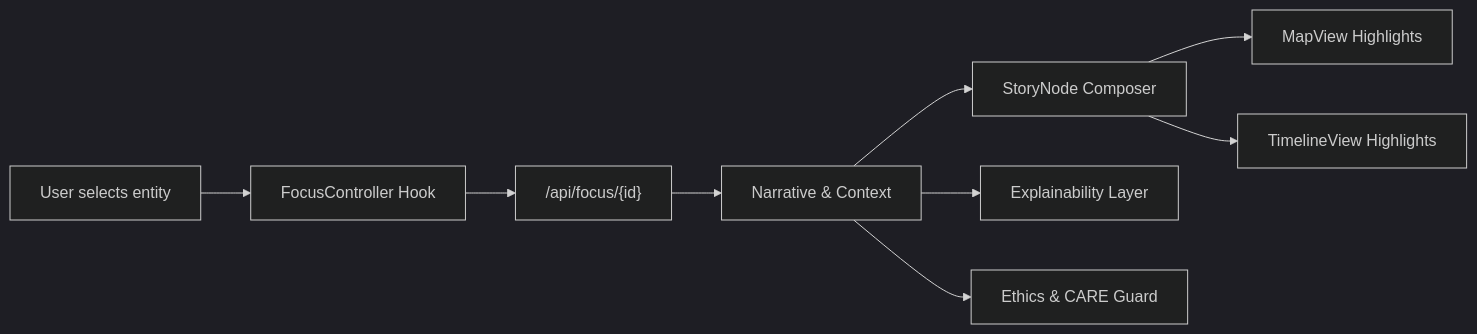
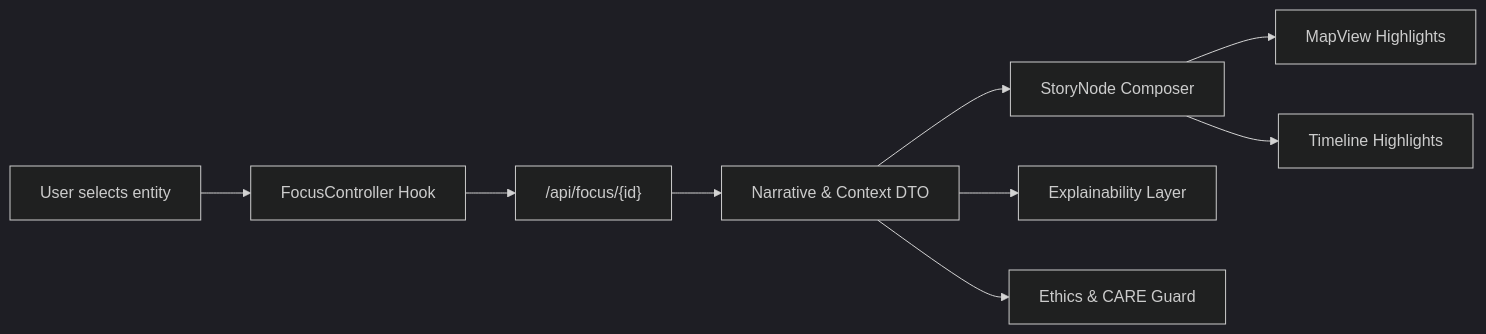
One commit to bartytime4life/Kansas-Frontier-Matrix changed the second of 2 diagrams in web/src/ARCHITECTURE.md. Above: the diagram before and after it, drawn with Mermaid (dark theme). The commit also changed other lines of this file, not shown here.

````diff
--- a/web/src/ARCHITECTURE.md
+++ b/web/src/ARCHITECTURE.md
@@ -278,11 +283,11 @@
-```mermaid
+~~~mermaid
 flowchart LR
     U[User selects entity] --> C[FocusController Hook]
     C --> Q["/api/focus/{id}"]
-    Q --> R[Narrative & Context]
+    Q --> R[Narrative & Context DTO]
     R --> N[StoryNode Composer]
     R --> X[Explainability Layer]
     R --> E[Ethics & CARE Guard]
     N --> MV[MapView Highlights]
-    N --> TL[TimelineView Highlights]
-```
+    N --> TL[Timeline Highlights]
+~~~
````
